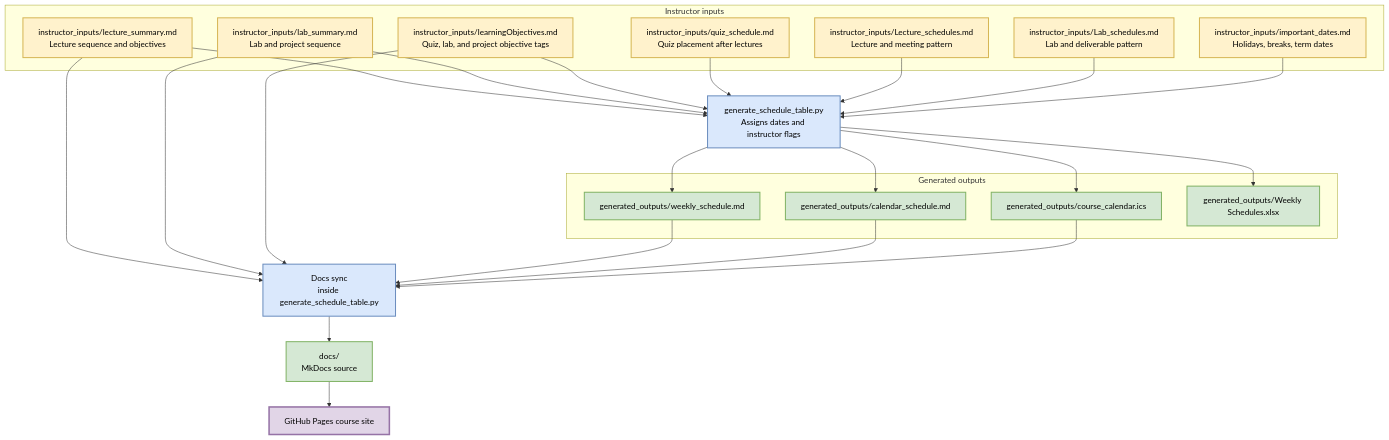
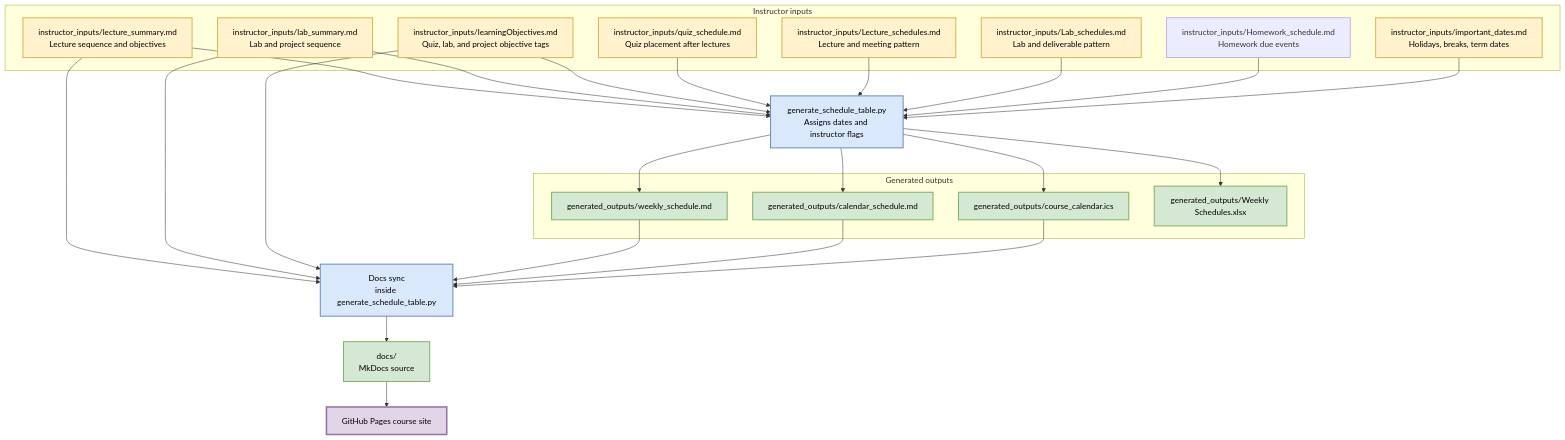
The diagram in README.md (BU-Intro-Stats/MA213-basic-prob-stats), drawn with Mermaid before and after one commit. The commit also changed other lines of this file and 26 other files, not shown here.

Commit message:
Simplify course schedule inputs

````diff
--- a/README.md
+++ b/README.md
@@ -32,57 +32,59 @@
 ```mermaid
 flowchart TD
     subgraph Inputs["Instructor inputs"]
         lectureSummary["instructor_inputs/lecture_summary.md<br/>Lecture sequence and objectives"]
         labSummary["instructor_inputs/lab_summary.md<br/>Lab and project sequence"]
         objectives["instructor_inputs/learningObjectives.md<br/>Quiz, lab, and project objective tags"]
         quizSchedule["instructor_inputs/quiz_schedule.md<br/>Quiz placement after lectures"]
         lecturePattern["instructor_inputs/Lecture_schedules.md<br/>Lecture and meeting pattern"]
         labPattern["instructor_inputs/Lab_schedules.md<br/>Lab and deliverable pattern"]
+        homeworkPattern["instructor_inputs/Homework_schedule.md<br/>Homework due events"]
         dates["instructor_inputs/important_dates.md<br/>Holidays, breaks, term dates"]
     end
 
     scheduleGen["generate_schedule_table.py<br/>Assigns dates and instructor flags"]
     docsSync["Docs sync<br/>inside generate_schedule_table.py"]
 
     subgraph Outputs["Generated outputs"]
         weekly["generated_outputs/weekly_schedule.md"]
         calendar["generated_outputs/calendar_schedule.md"]
         ics["generated_outputs/course_calendar.ics"]
         excel["generated_outputs/Weekly Schedules.xlsx"]
     end
 
     docs["docs/<br/>MkDocs source"]
     site["GitHub Pages course site"]
 
     lectureSummary --> scheduleGen
     labSummary --> scheduleGen
     objectives --> scheduleGen
     quizSchedule --> scheduleGen
     lecturePattern --> scheduleGen
     labPattern --> scheduleGen
+    homeworkPattern --> scheduleGen
     dates --> scheduleGen
 
     scheduleGen --> weekly
     scheduleGen --> calendar
     scheduleGen --> ics
     scheduleGen --> excel
 
     lectureSummary --> docsSync
     labSummary --> docsSync
     objectives --> docsSync
     weekly --> docsSync
     calendar --> docsSync
     ics --> docsSync
     docsSync --> docs --> site
 
     classDef input fill:#fff2cc,stroke:#d6b656,stroke-width:2px,color:#000;
     classDef source fill:#f8cecc,stroke:#b85450,stroke-width:2px,color:#000;
     classDef script fill:#dae8fc,stroke:#6c8ebf,stroke-width:2px,color:#000;
     classDef output fill:#d5e8d4,stroke:#82b366,stroke-width:2px,color:#000;
     classDef website fill:#e1d5e7,stroke:#9673a6,stroke-width:3px,color:#000;
 
     class lectureSummary,labSummary,objectives,quizSchedule,lecturePattern,labPattern,dates input;
     class scheduleGen,docsSync script;
     class weekly,calendar,ics,excel,docs output;
     class site website;
 ```
````
